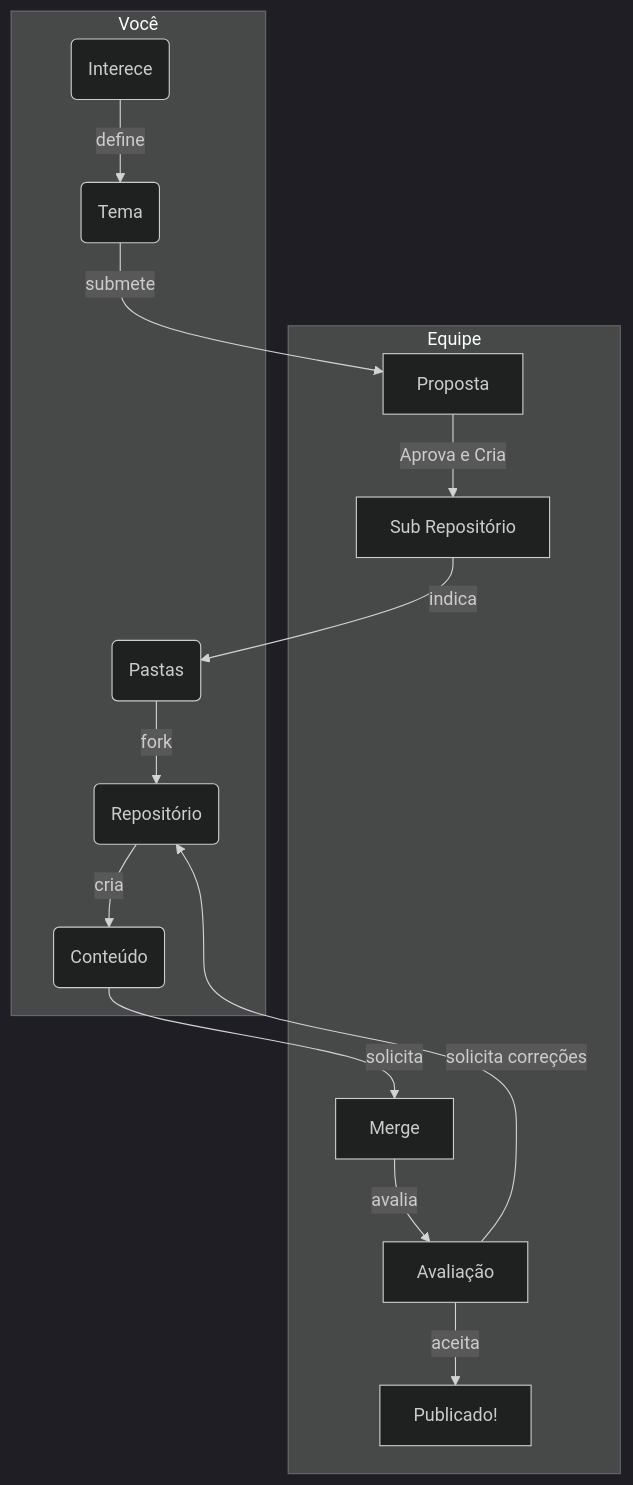
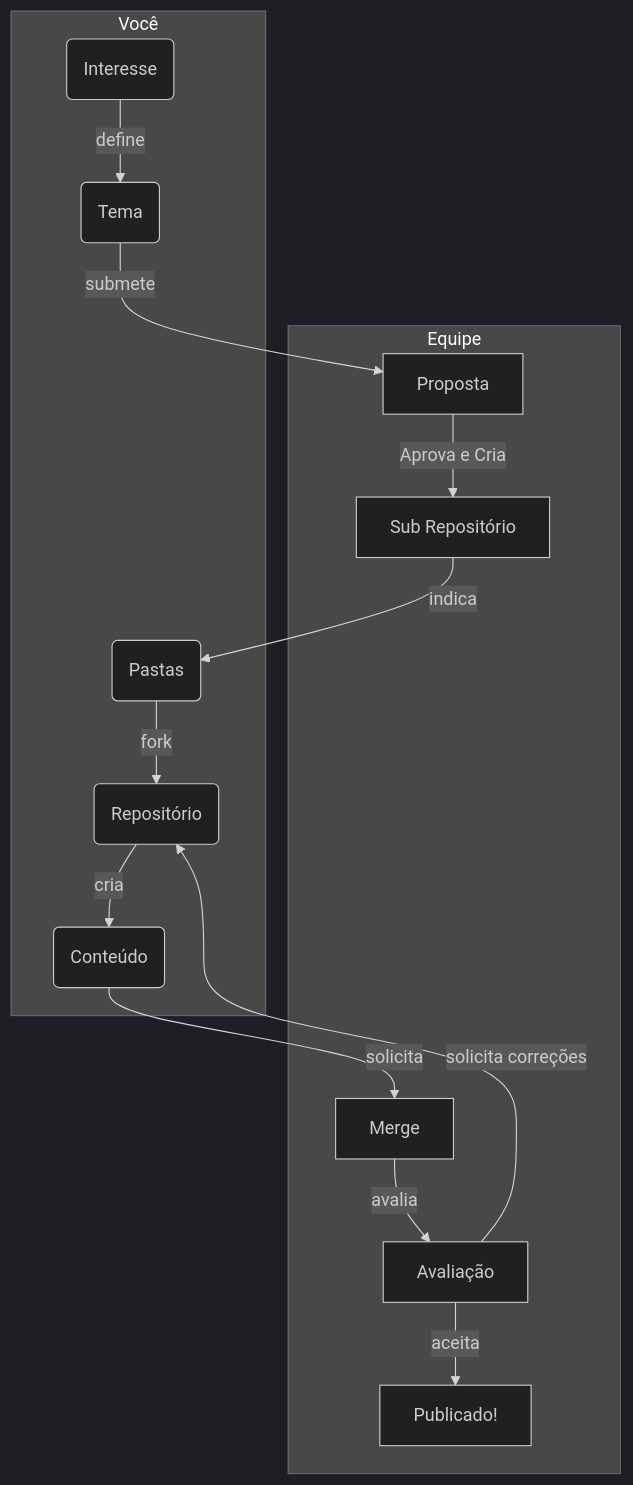
Before and after one commit to AlisonPanisson/repoAI-template: the diagram in README.md, drawn with Mermaid (dark theme).

Commit message:
sugestão de correção de interece para interesse

````diff
--- a/README.md
+++ b/README.md
@@ -124,17 +124,17 @@
 ```mermaid
 flowchart TB
     subgraph Equipe
     a1-->|Aprova e Cria|a2[Sub Repositório]
     a3-->|avalia|a4[Avaliação]
     a4-->|aceita|a5[Publicado!]
     end
     subgraph Você
-    b1(Interece)-->|define|b2(Tema)
+    b1(Interesse)-->|define|b2(Tema)
     b3-->|fork|b4(Repositório)
     b4-->|cria|b5(Conteúdo)
     b5-->|solicita|a3[Merge]
     end
     b2-->|submete|a1[Proposta]
     a2-->|indica|b3(Pastas)
     a4-->|solicita correções|b4
 ```
````
